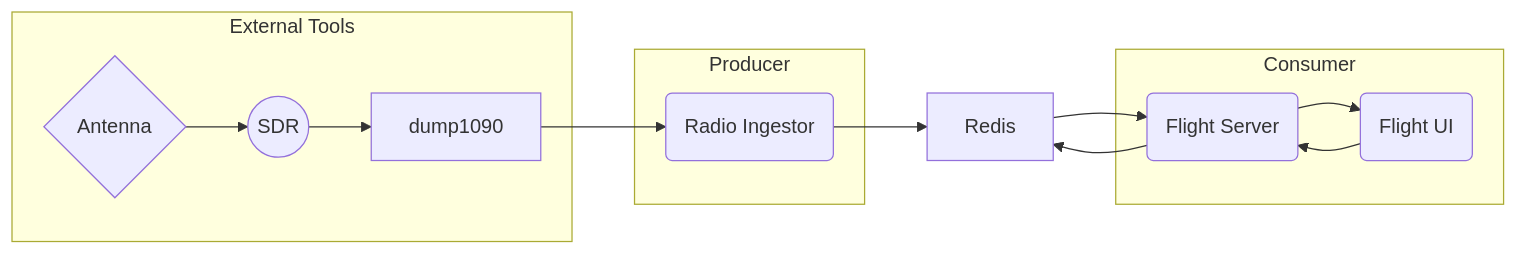
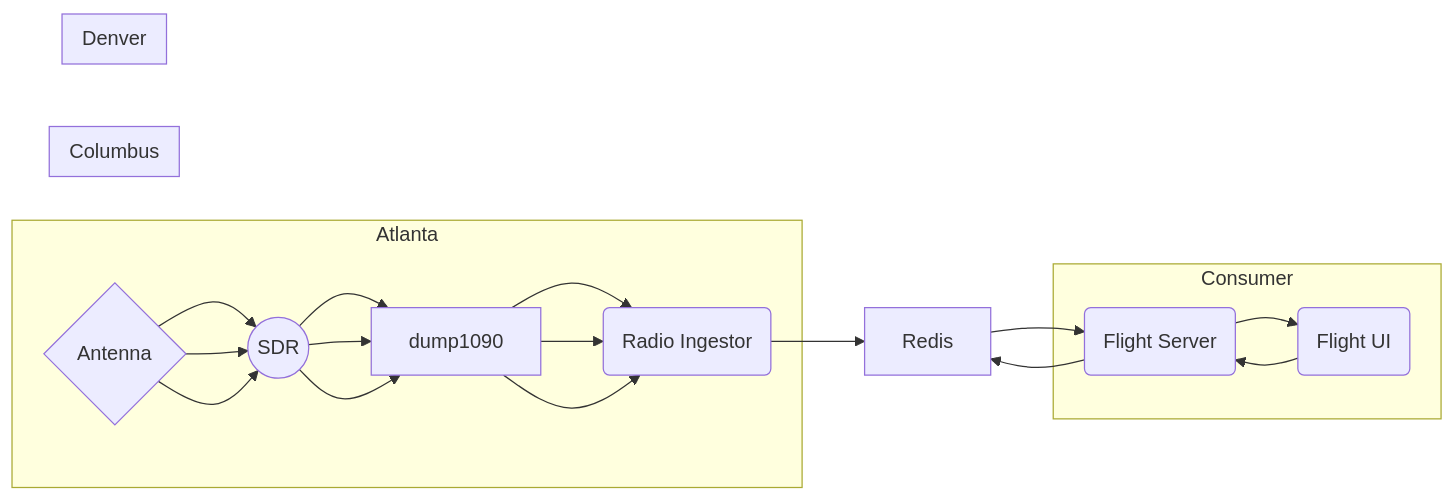
Before and after one commit to guyroyse/tracking-aircraft: the diagram in README.md, drawn with Mermaid.

Commit message:
playing with mermaid some more

````diff
--- a/README.md
+++ b/README.md
@@ -157,17 +157,25 @@
 ```mermaid
 graph LR
-  subgraph "External Tools"
+  subgraph "Atlanta"
     ANT{Antenna} --> SDR((SDR))
     SDR --> DMP[dump1090]
+    DMP --> ING("Radio Ingestor")
   end
-  subgraph "Producer"
+  subgraph "Columbus"
+    ANT{Antenna} --> SDR((SDR))
+    SDR --> DMP[dump1090]
+    DMP --> ING("Radio Ingestor")
+  end
+  subgraph "Denver"
+    ANT{Antenna} --> SDR((SDR))
+    SDR --> DMP[dump1090]
     DMP --> ING("Radio Ingestor")
   end
   ING --> RED[Redis]
   RED --> SRV("Flight Server")
   SRV --> RED
   subgraph "Consumer"
     SRV --> WEB("Flight UI")
     WEB --> SRV
   end
 ```
````
